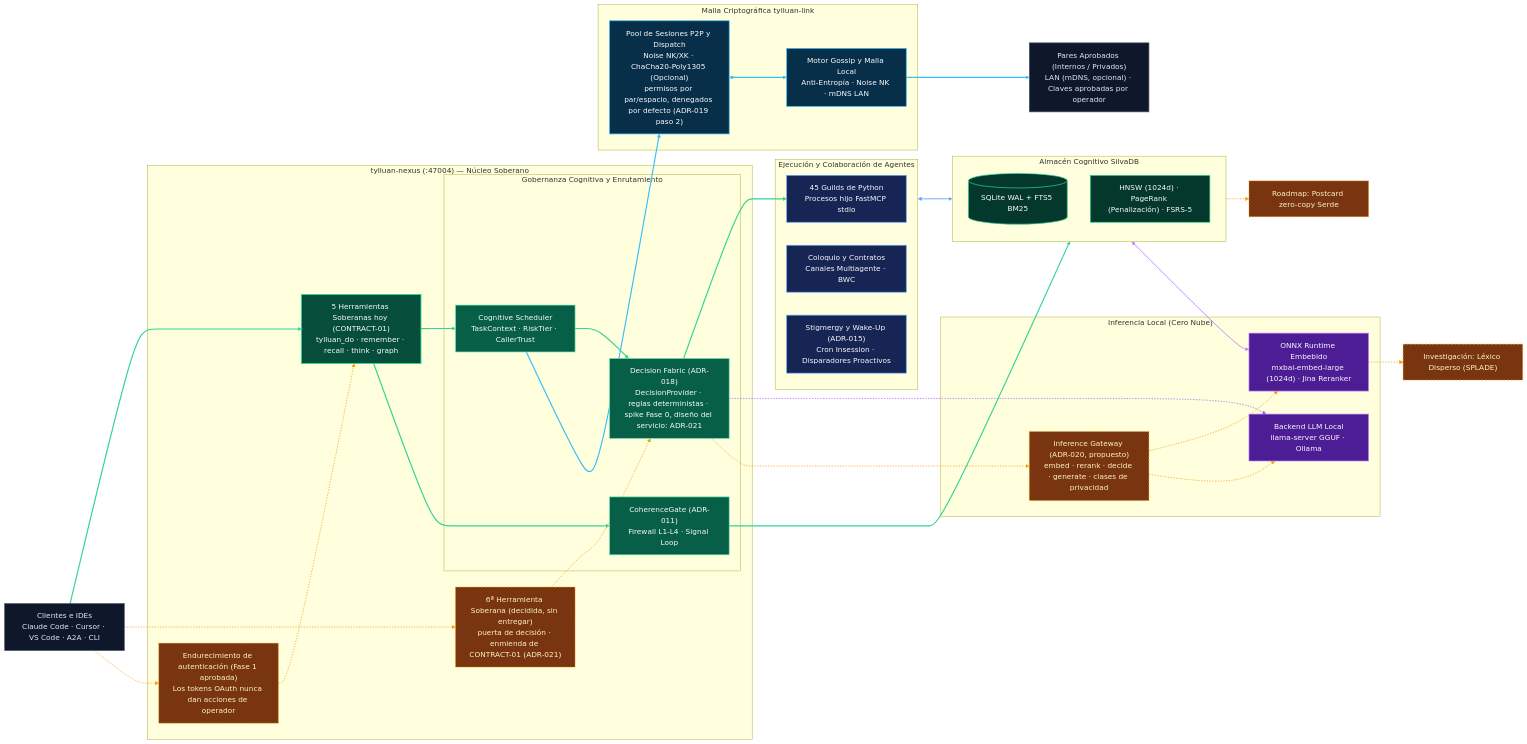
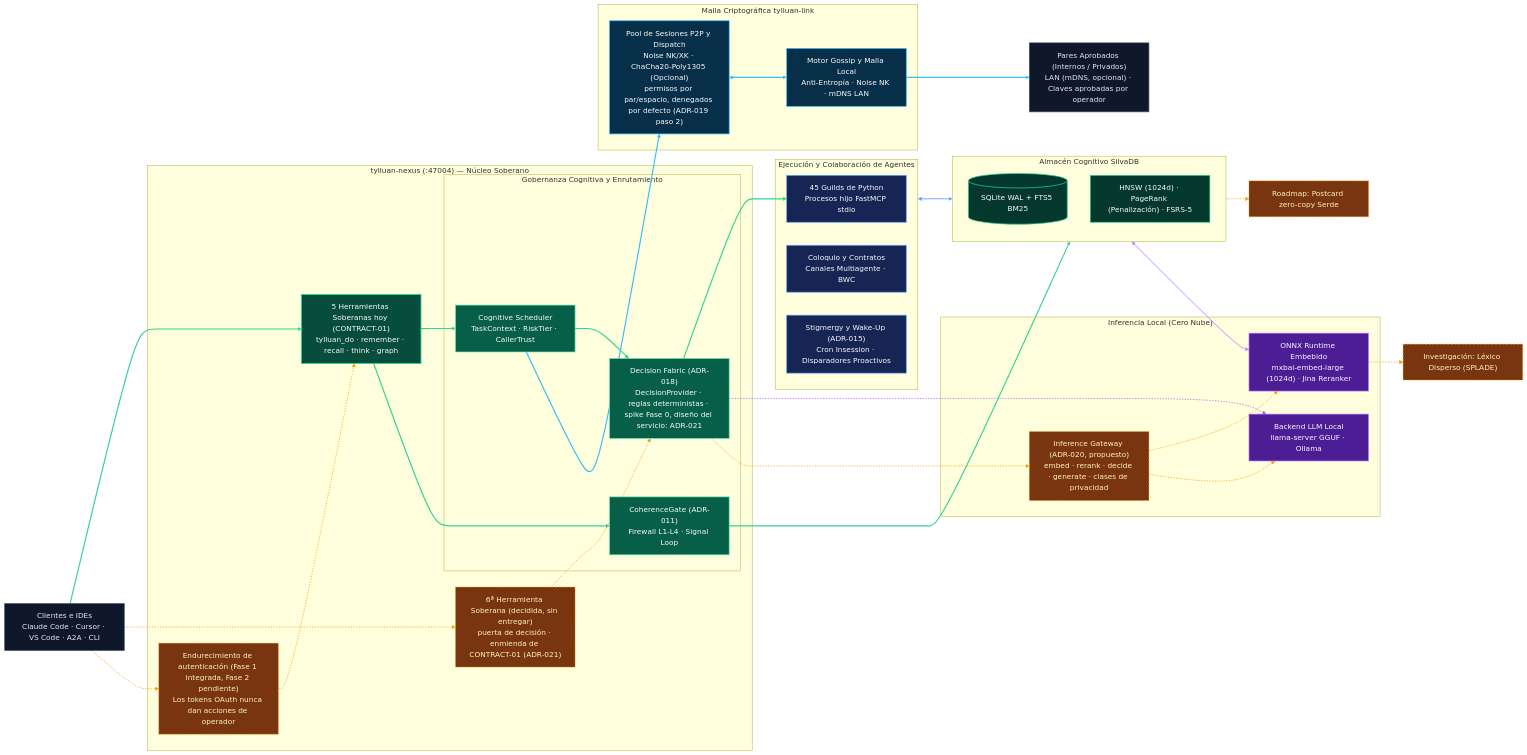
Before and after one commit to Forja-orca/tylluan: the diagram in README.es.md, drawn with Mermaid. The commit also changed other lines of this file and 6 other files, not shown here.

First line of the commit message:
docs: mark OAuth Phase 1 merged, sync counts and roadmap state

```diff
--- a/README.es.md
+++ b/README.es.md
@@ -369,7 +369,7 @@
   subgraph SOVEREIGN["tylluan-nexus (:47004) — Núcleo Soberano"]
     TOOLS["5 Herramientas Soberanas hoy (CONTRACT-01)<br/>tylluan_do · remember · recall · think · graph"]
     TOOL6["6ª Herramienta Soberana (decidida, sin entregar)<br/>puerta de decisión · enmienda de CONTRACT-01 (ADR-021)"]:::future
-    AUTH["Endurecimiento de autenticación (Fase 1 aprobada)<br/>Los tokens OAuth nunca dan acciones de operador"]:::future
+    AUTH["Endurecimiento de autenticación (Fase 1 integrada, Fase 2 pendiente)<br/>Los tokens OAuth nunca dan acciones de operador"]:::future
 
     subgraph GOVERN["Gobernanza Cognitiva y Enrutamiento"]
       SCHED["Cognitive Scheduler<br/>TaskContext · RiskTier · CallerTrust"]
```
